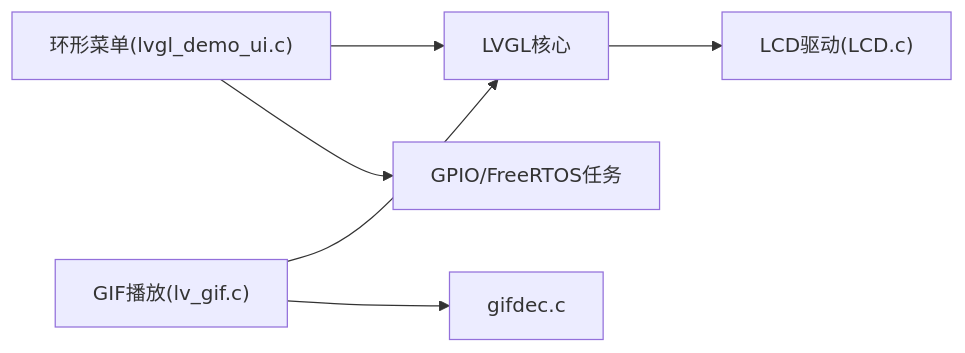
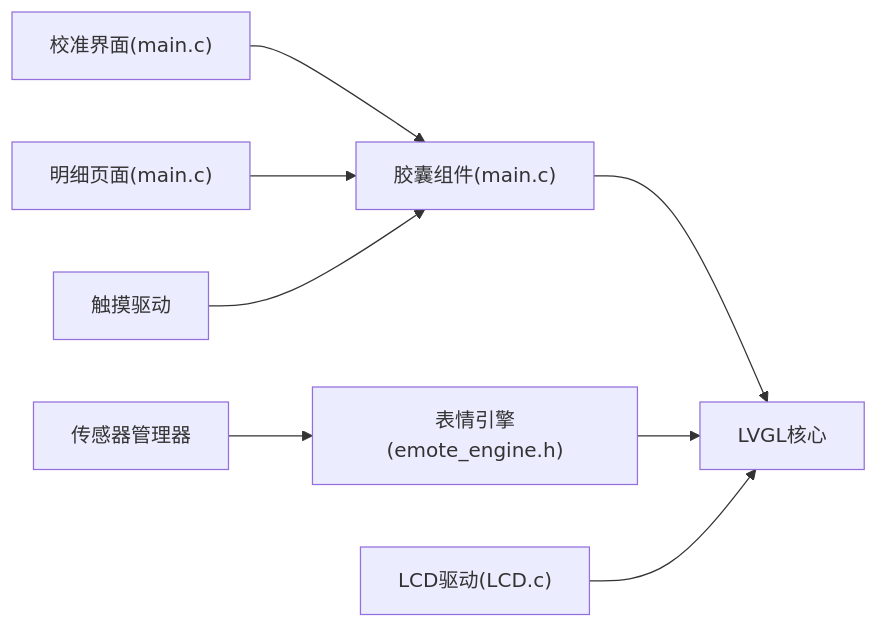
One commit to hennychen/PathFinder_LCD changed the fifth of 5 diagrams in .qoder/repowiki/zh/content/用户界面设计/用户界面设计.md. Above: the diagram before and after it, drawn with Mermaid. The commit also changed other lines of this file and 5 other files, not shown here.

````diff
--- a/.qoder/repowiki/zh/content/用户界面设计/用户界面设计.md
+++ b/.qoder/repowiki/zh/content/用户界面设计/用户界面设计.md
@@ -273,8 +296,10 @@
 ```mermaid
 graph LR
-Menu["环形菜单(lvgl_demo_ui.c)"] --> LVGL["LVGL核心"]
-GIF["GIF播放(lv_gif.c)"] --> LVGL
-GIF --> Dec["gifdec.c"]
-Menu --> GPIO["GPIO/FreeRTOS任务"]
-LVGL --> LCD["LCD驱动(LCD.c)"]
+Capsule["胶囊组件(main.c)"] --> LVGL["LVGL核心"]
+Calib["校准界面(main.c)"] --> Capsule
+Detail["明细页面(main.c)"] --> Capsule
+Emote["表情引擎(emote_engine.h)"] --> LVGL
+Sensor["传感器管理器"] --> Emote
+Touch["触摸驱动"] --> Capsule
+LCD["LCD驱动(LCD.c)"] --> LVGL
 ```
````
